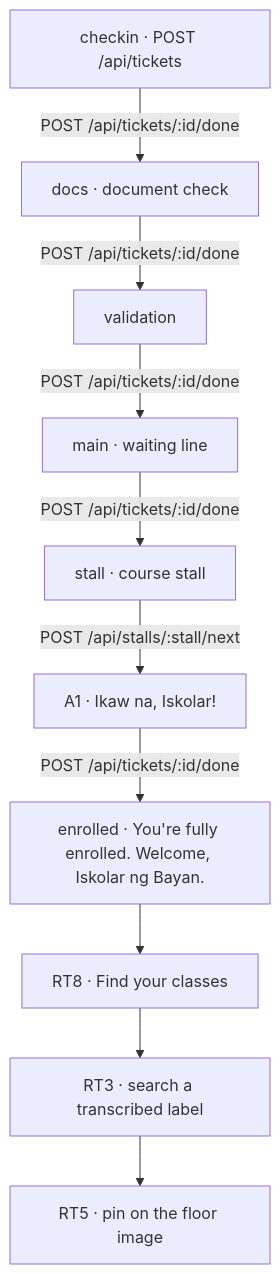
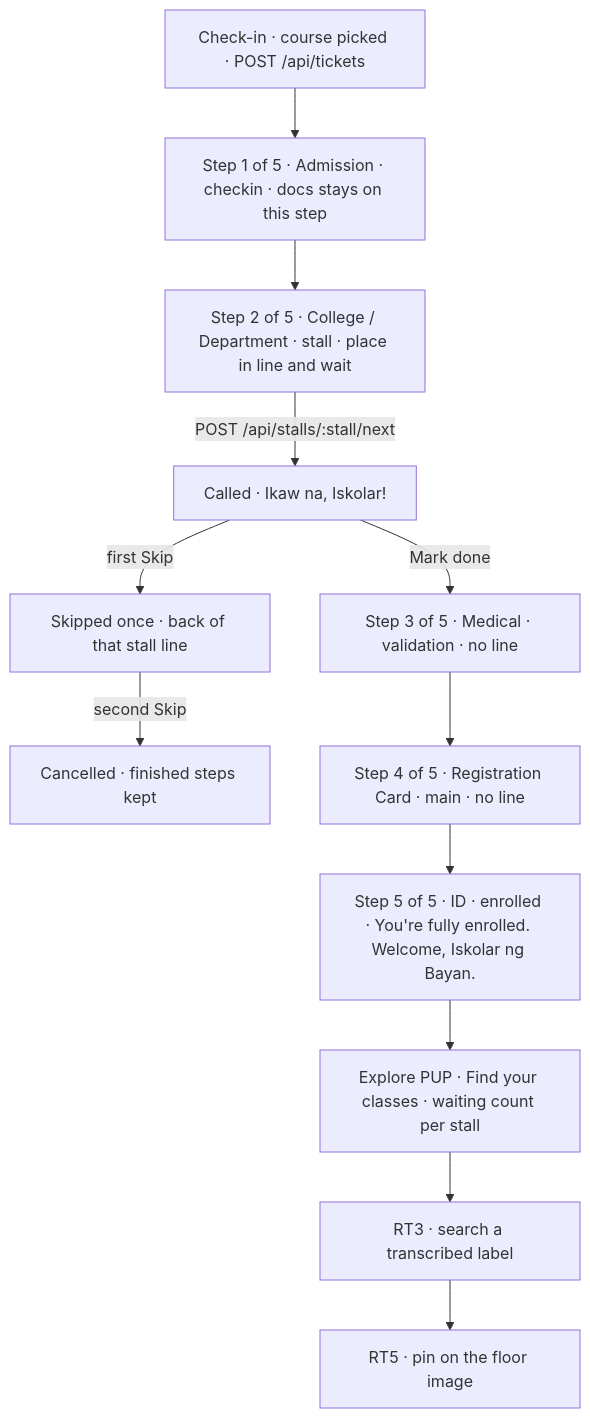
One commit to Troy-LL/IsQolar changed the diagram in docs/diagrams/user-flow.md. Above: the diagram before and after it, drawn with Mermaid. The commit also changed other lines of this file and 3 other files, not shown here.

````diff
--- a/docs/diagrams/user-flow.md
+++ b/docs/diagrams/user-flow.md
@@ -9,23 +11,27 @@
 ```mermaid
 flowchart TD
-  checkin["checkin · POST /api/tickets"]
-  docs["docs · document check"]
-  validation["validation"]
-  main["main · waiting line"]
-  stall["stall · course stall"]
-  banner["A1 · Ikaw na, Iskolar!"]
-  enrolled["enrolled · You're fully enrolled. Welcome, Iskolar ng Bayan."]
-  find["RT8 · Find your classes"]
+  join["Check-in · course picked · POST /api/tickets"]
+  s1["Step 1 of 5 · Admission · checkin · docs stays on this step"]
+  s2["Step 2 of 5 · College / Department · stall · place in line and wait"]
+  called["Called · Ikaw na, Iskolar!"]
+  skip1["Skipped once · back of that stall line"]
+  skip2["Cancelled · finished steps kept"]
+  s3["Step 3 of 5 · Medical · validation · no line"]
+  s4["Step 4 of 5 · Registration Card · main · no line"]
+  s5["Step 5 of 5 · ID · enrolled · You're fully enrolled. Welcome, Iskolar ng Bayan."]
+  explore["Explore PUP · Find your classes · waiting count per stall"]
   search["RT3 · search a transcribed label"]
   pin["RT5 · pin on the floor image"]
 
-  checkin -->|POST /api/tickets/:id/done| docs
-  docs -->|POST /api/tickets/:id/done| validation
-  validation -->|POST /api/tickets/:id/done| main
-  main -->|POST /api/tickets/:id/done| stall
-  stall -->|POST /api/stalls/:stall/next| banner
-  banner -->|POST /api/tickets/:id/done| enrolled
-  enrolled --> find
-  find --> search
+  join --> s1
+  s1 --> s2
+  s2 -->|POST /api/stalls/:stall/next| called
+  called -->|first Skip| skip1
+  skip1 -->|second Skip| skip2
+  called -->|Mark done| s3
+  s3 --> s4
+  s4 --> s5
+  s5 --> explore
+  explore --> search
   search --> pin
 ```
````
